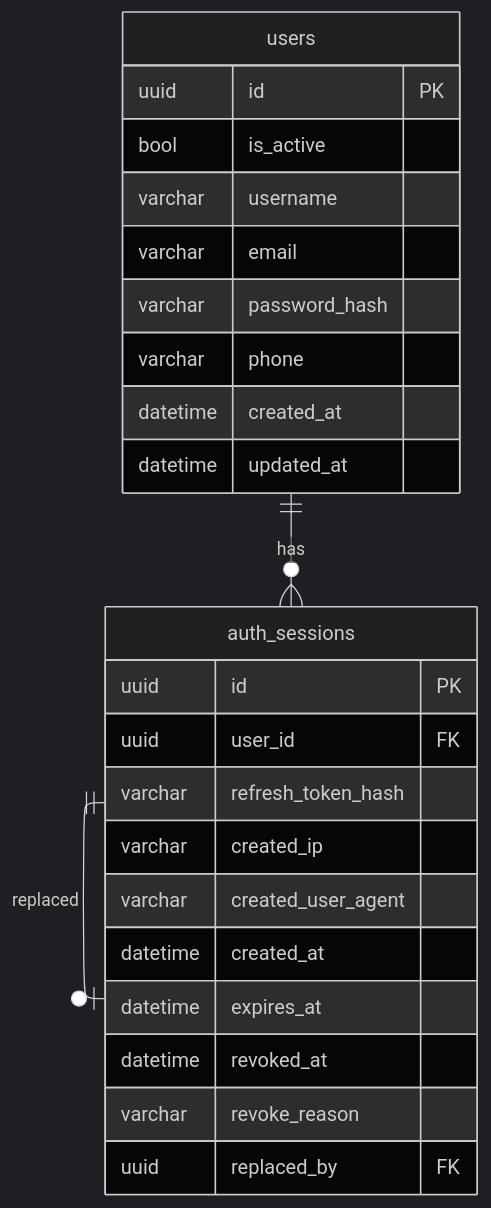
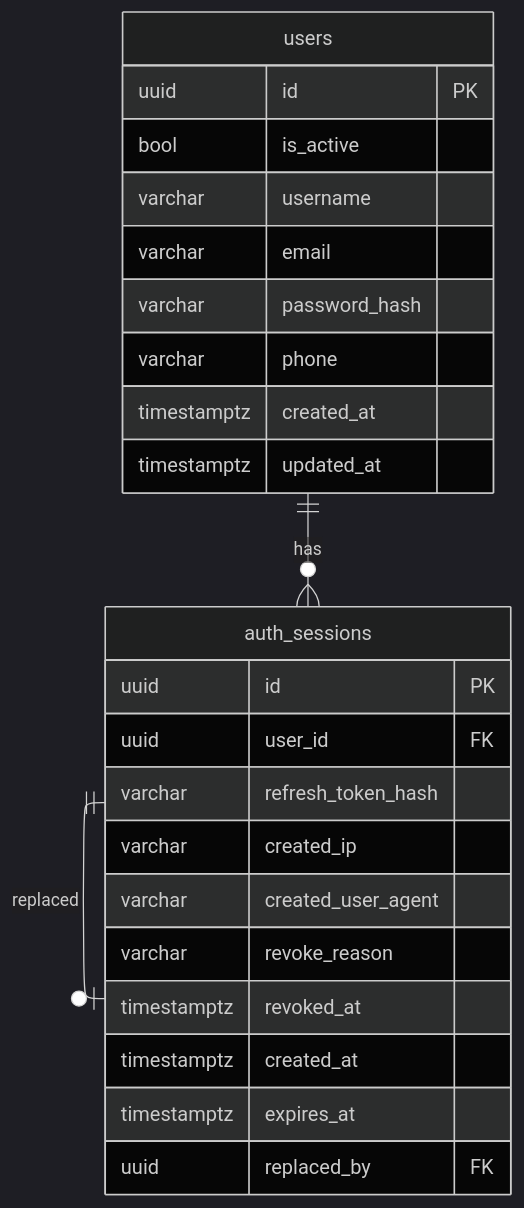
The diagram in docs/diagrams/code/db-users.mermaid (kompotkot/tripidium), drawn with Mermaid before and after one commit.

Commit message:
Set time columns to timestamptz

```diff
--- a/docs/diagrams/code/db-users.mermaid
+++ b/docs/diagrams/code/db-users.mermaid
@@ -1,34 +1,34 @@
 ---
 config:
   theme: dark
   layout: elk
 ---
 erDiagram
 	direction TB
 
 	users {
 		uuid id PK
 		bool is_active
 		varchar username
 		varchar email
 		varchar password_hash
 		varchar phone
-		datetime created_at
-		datetime updated_at
+		timestamptz created_at
+		timestamptz updated_at
 	}
 
 	auth_sessions {
 		uuid id PK
 		uuid user_id FK
 		varchar refresh_token_hash
 		varchar created_ip
 		varchar created_user_agent
-		datetime created_at
-		datetime expires_at
-		datetime revoked_at
 		varchar revoke_reason
+		timestamptz revoked_at
+		timestamptz created_at
+		timestamptz expires_at
 		uuid replaced_by FK
 	}
 
 	users||--o{auth_sessions:"has"
 	auth_sessions||--o|auth_sessions:"replaced"
```
